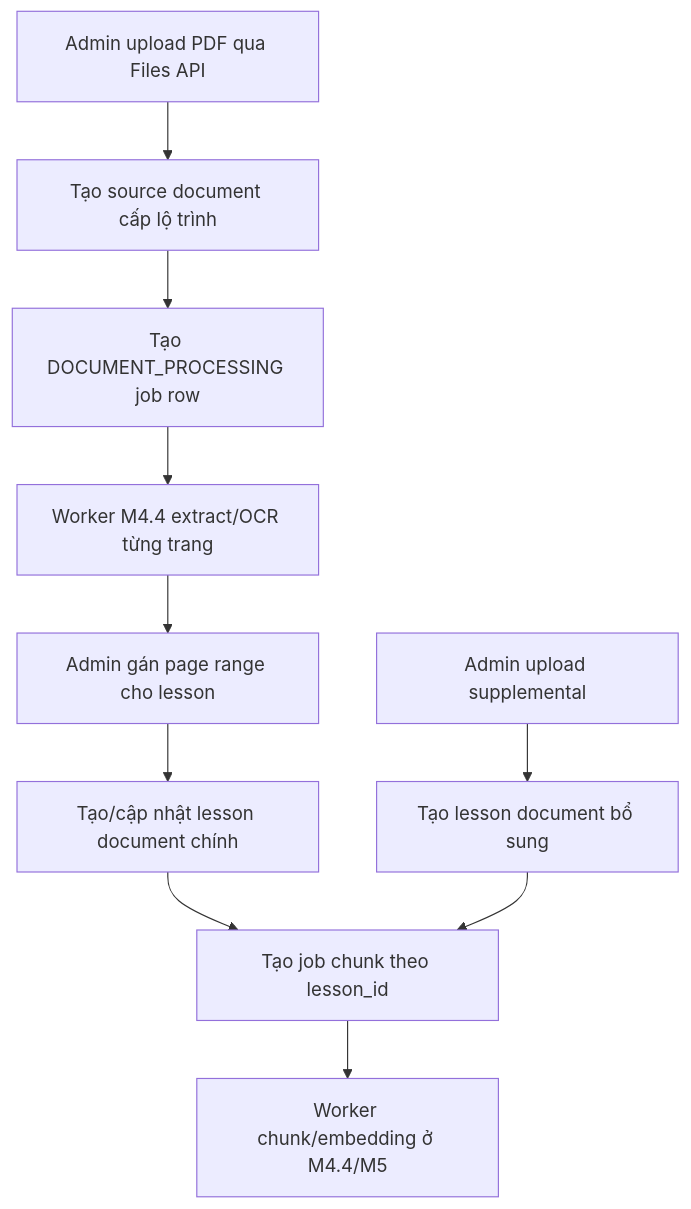
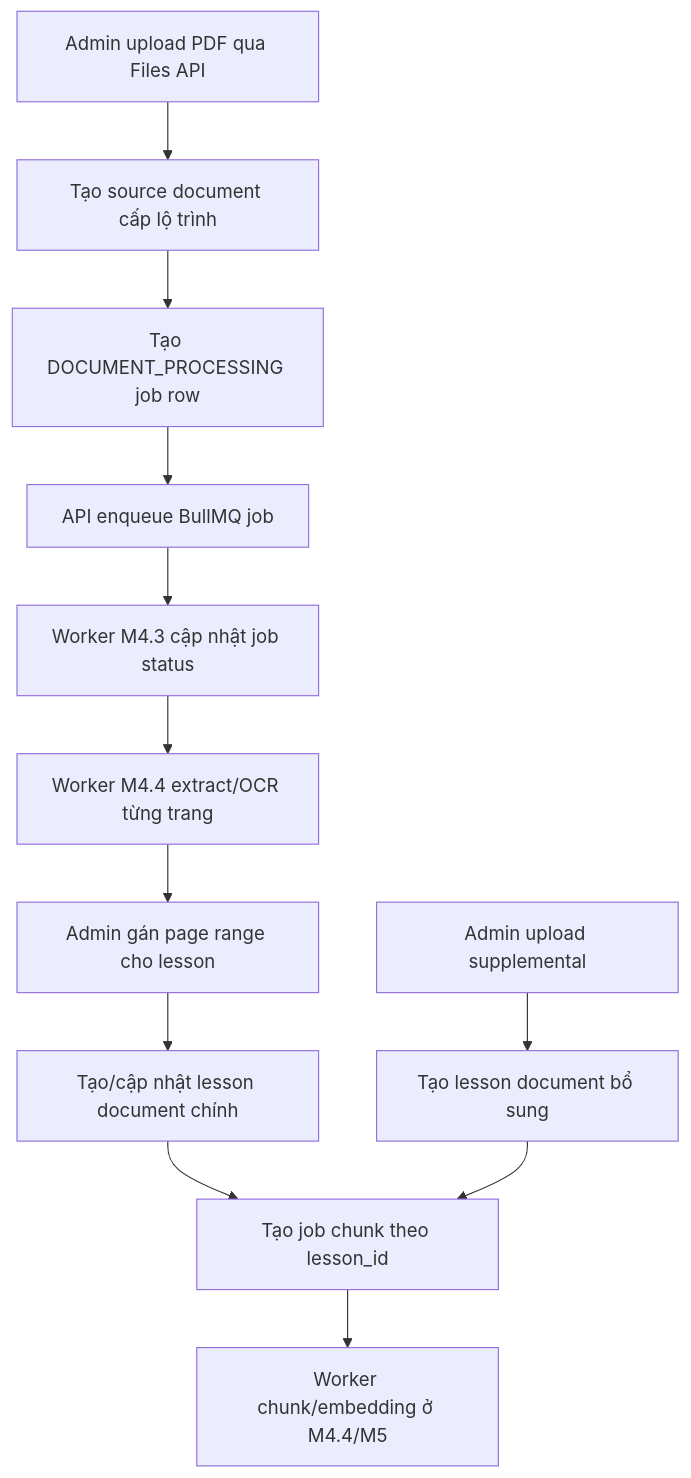
Before and after one commit to DamAnhTuanTB/ClassHero: the diagram in docs/learning-notes/features/lesson-document-processing.md, drawn with Mermaid. The commit also changed other lines of this file and 27 other files, not shown here.

Commit message:
feat(api): add BullMQ worker foundation

````diff
--- a/docs/learning-notes/features/lesson-document-processing.md
+++ b/docs/learning-notes/features/lesson-document-processing.md
@@ -13,12 +13,14 @@
 ```mermaid
 flowchart TD
   A[Admin upload PDF qua Files API] --> B[Tạo source document cấp lộ trình]
   B --> C[Tạo DOCUMENT_PROCESSING job row]
-  C --> D[Worker M4.4 extract/OCR từng trang]
-  D --> E[Admin gán page range cho lesson]
-  E --> F[Tạo/cập nhật lesson document chính]
-  F --> G[Tạo job chunk theo lesson_id]
-  H[Admin upload supplemental] --> I[Tạo lesson document bổ sung]
-  I --> G
-  G --> J[Worker chunk/embedding ở M4.4/M5]
+  C --> D[API enqueue BullMQ job]
+  D --> E[Worker M4.3 cập nhật job status]
+  E --> F[Worker M4.4 extract/OCR từng trang]
+  F --> G[Admin gán page range cho lesson]
+  G --> H[Tạo/cập nhật lesson document chính]
+  H --> I[Tạo job chunk theo lesson_id]
+  J[Admin upload supplemental] --> K[Tạo lesson document bổ sung]
+  K --> I
+  I --> L[Worker chunk/embedding ở M4.4/M5]
 ```
````
